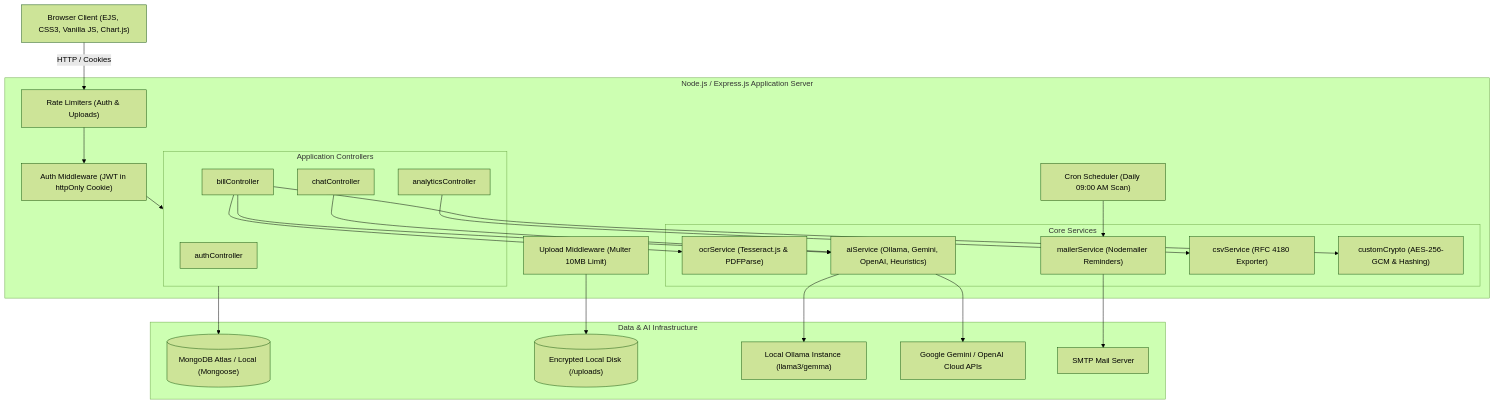
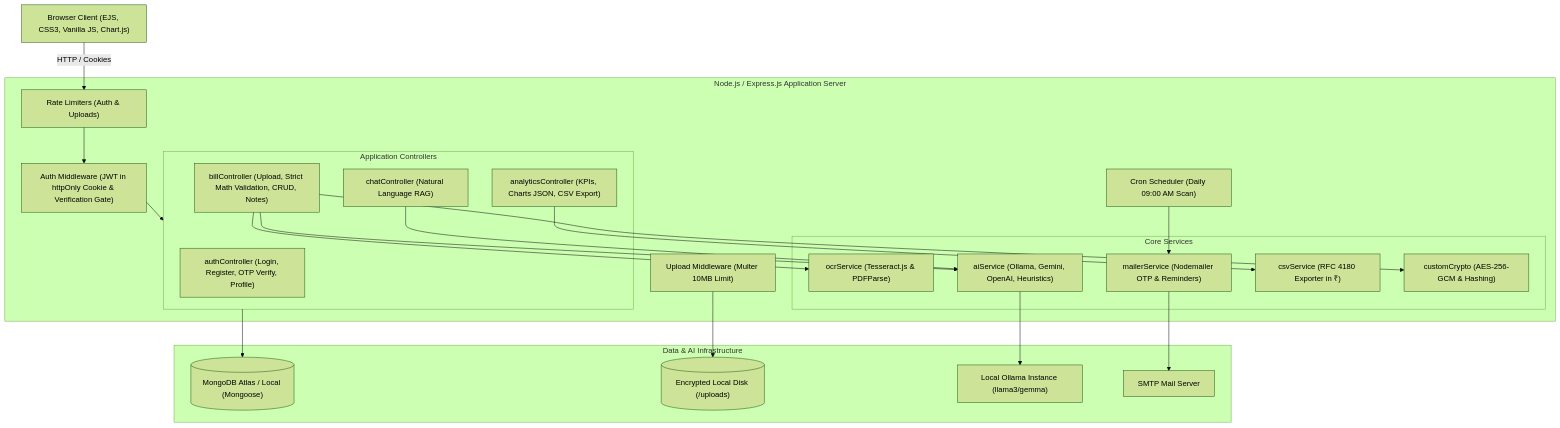
The first of 5 diagrams in README.md (MeetMittan/bill-management), drawn with Mermaid (forest theme) before and after one commit. The commit also changed other lines of this file and 27 other files, not shown here.

````diff
--- a/README.md
+++ b/README.md
@@ -74,50 +73,48 @@
 ```mermaid
 graph TD
     Client["Browser Client (EJS, CSS3, Vanilla JS, Chart.js)"]
     
     subgraph ExpressApp ["Node.js / Express.js Application Server"]
-        AuthMiddleware["Auth Middleware (JWT in httpOnly Cookie)"]
+        AuthMiddleware["Auth Middleware (JWT in httpOnly Cookie & Verification Gate)"]
         RateLimiter["Rate Limiters (Auth & Uploads)"]
         UploadMiddleware["Upload Middleware (Multer 10MB Limit)"]
         
         subgraph Controllers ["Application Controllers"]
-            AuthController["authController"]
-            BillController["billController"]
-            AnalyticsController["analyticsController"]
-            ChatController["chatController"]
+            AuthController["authController (Login, Register, OTP Verify, Profile)"]
+            BillController["billController (Upload, Strict Math Validation, CRUD, Notes)"]
+            AnalyticsController["analyticsController (KPIs, Charts JSON, CSV Export)"]
+            ChatController["chatController (Natural Language RAG)"]
         end
         
         subgraph Services ["Core Services"]
             OCRService["ocrService (Tesseract.js & PDFParse)"]
             AIService["aiService (Ollama, Gemini, OpenAI, Heuristics)"]
-            MailerService["mailerService (Nodemailer Reminders)"]
-            CSVService["csvService (RFC 4180 Exporter)"]
+            MailerService["mailerService (Nodemailer OTP & Reminders)"]
+            CSVService["csvService (RFC 4180 Exporter in ₹)"]
             CryptoUtil["customCrypto (AES-256-GCM & Hashing)"]
         end
         
         Scheduler["Cron Scheduler (Daily 09:00 AM Scan)"]
     end
     
     subgraph DataStorage ["Data & AI Infrastructure"]
         MongoDB[("MongoDB Atlas / Local (Mongoose)")]
         DiskStorage[("Encrypted Local Disk (/uploads)")]
         LocalOllama["Local Ollama Instance (llama3/gemma)"]
-        CloudAI["Google Gemini / OpenAI Cloud APIs"]
         SMTPServer["SMTP Mail Server"]
     end
 
     Client -->|HTTP / Cookies| RateLimiter
     RateLimiter --> AuthMiddleware
     AuthMiddleware --> Controllers
     UploadMiddleware --> DiskStorage
     BillController --> OCRService
     BillController --> AIService
     BillController --> CryptoUtil
     ChatController --> AIService
     AnalyticsController --> CSVService
     Scheduler --> MailerService
     MailerService --> SMTPServer
     AIService --> LocalOllama
-    AIService --> CloudAI
     Controllers --> MongoDB
 ```
````
